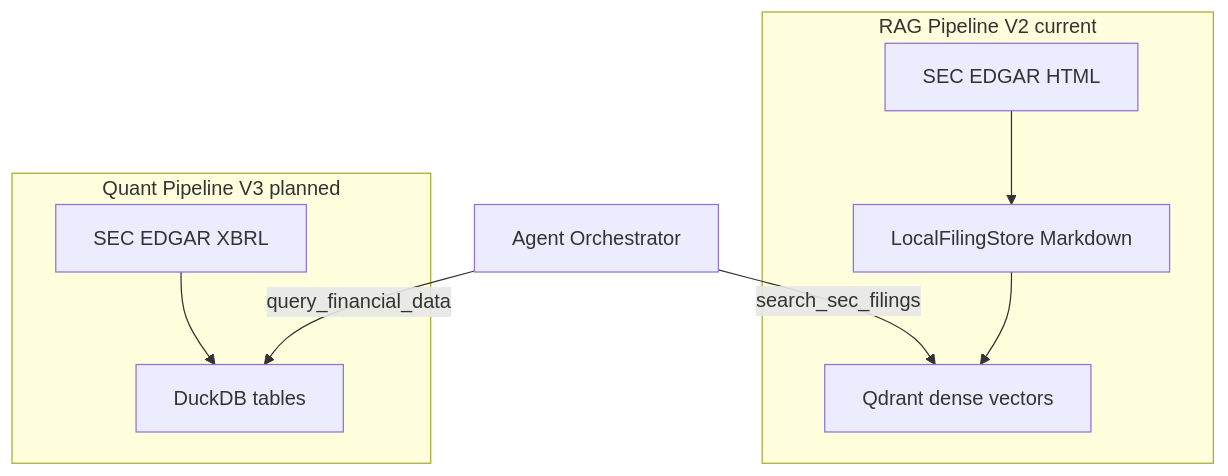
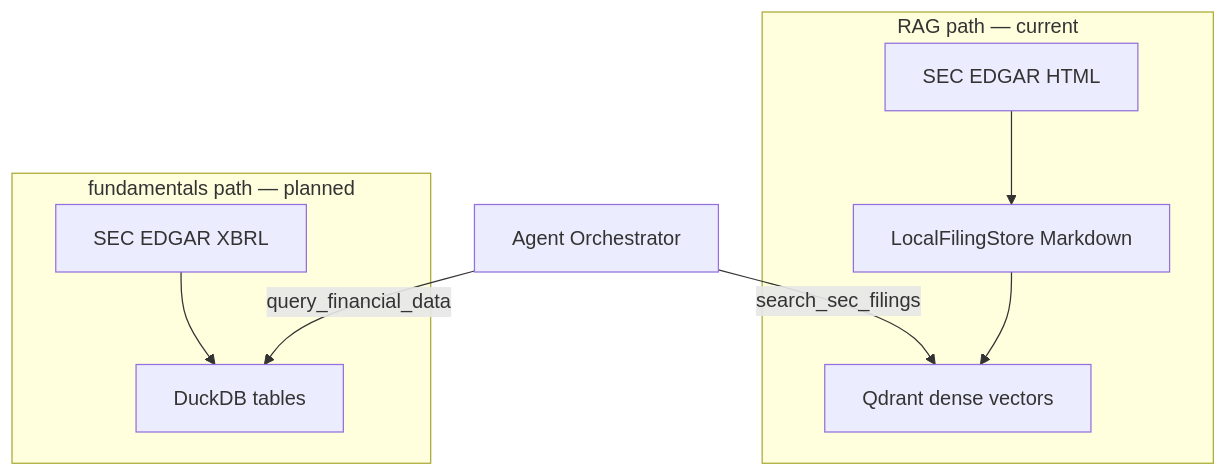
One commit to wei-yiting/fin-lab-x changed the second of 3 diagrams in docs/agent_architecture.md. Above: the diagram before and after it, drawn with Mermaid. The commit also changed other lines of this file and 87 other files, not shown here.

First line of the commit message:
refactor: unify capability-tier & data-path vocabulary across backend and docs (#19)

````diff
--- a/docs/agent_architecture.md
+++ b/docs/agent_architecture.md
@@ -76,20 +121,20 @@
 ```mermaid
 flowchart TD
     Agent[Agent Orchestrator]
 
-    subgraph V2 [RAG Pipeline V2 current]
-        V2A[SEC EDGAR HTML]
-        V2B[LocalFilingStore Markdown]
-        V2C[Qdrant dense vectors]
-        V2A --> V2B --> V2C
+    subgraph RAG [RAG path — current]
+        RAG_HTML[SEC EDGAR HTML]
+        RAG_MD[LocalFilingStore Markdown]
+        RAG_VEC[Qdrant dense vectors]
+        RAG_HTML --> RAG_MD --> RAG_VEC
     end
 
-    subgraph V3 [Quant Pipeline V3 planned]
-        V3A[SEC EDGAR XBRL]
-        V3B[DuckDB tables]
-        V3A --> V3B
+    subgraph FUND [fundamentals path — planned]
+        FUND_XBRL[SEC EDGAR XBRL]
+        FUND_DUCK[DuckDB tables]
+        FUND_XBRL --> FUND_DUCK
     end
 
-    Agent -->|search_sec_filings| V2C
-    Agent -->|query_financial_data| V3B
+    Agent -->|search_sec_filings| RAG_VEC
+    Agent -->|query_financial_data| FUND_DUCK
 ```
````
